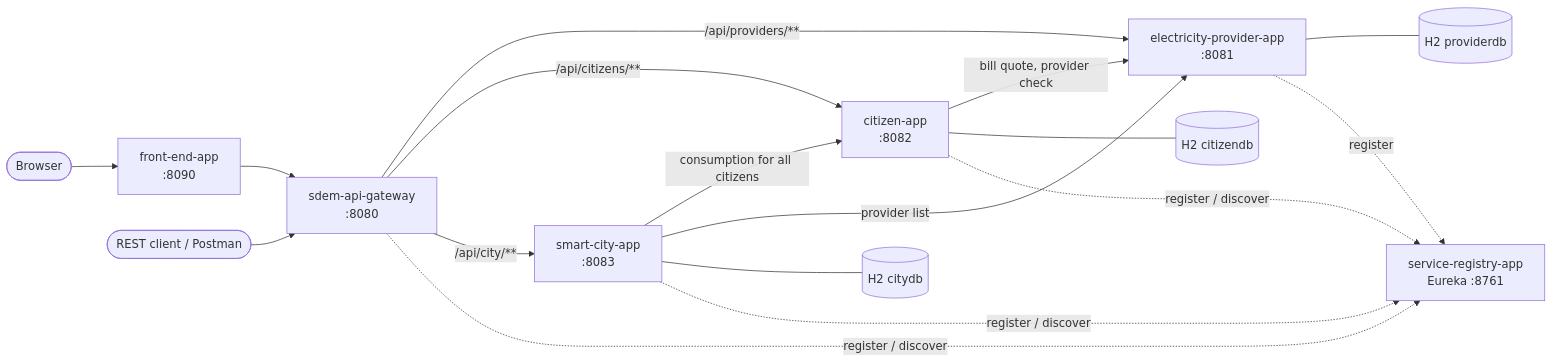
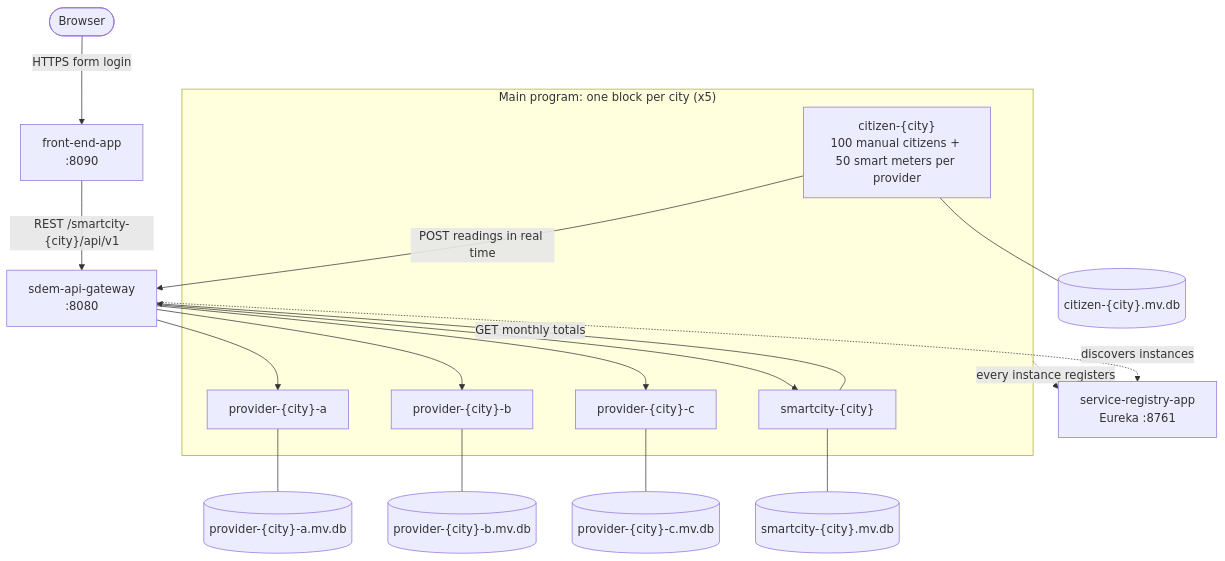
One commit to AvinashSaha/Smart-Electricity-Microservice changed the first of 3 diagrams in README.md. Above: the diagram before and after it, drawn with Mermaid. The commit also changed other lines of this file and 4 other files, not shown here.

````diff
--- a/README.md
+++ b/README.md
@@ -72,24 +46,28 @@
 ```mermaid
-flowchart LR
-    U([Browser]) --> FE[front-end-app<br/>:8090]
-    C([REST client / Postman]) --> GW
-    FE --> GW[sdem-api-gateway<br/>:8080]
+flowchart TB
+    U([Browser]) -->|HTTPS form login| FE[front-end-app<br/>:8090]
+    FE -->|"REST /smartcity-{city}/api/v1"| GW[sdem-api-gateway<br/>:8080]
 
-    GW -->|/api/providers/**| EP[electricity-provider-app<br/>:8081]
-    GW -->|/api/citizens/**| CI[citizen-app<br/>:8082]
-    GW -->|/api/city/**| SC[smart-city-app<br/>:8083]
+    subgraph CITY["Main program: one block per city (x5)"]
+        CZ["citizen-{city}<br/>100 manual citizens + 50 smart meters per provider"]
+        PA["provider-{city}-a"]
+        PB["provider-{city}-b"]
+        PC["provider-{city}-c"]
+        SC["smartcity-{city}"]
+    end
 
-    CI -->|bill quote, provider check| EP
-    SC -->|consumption for all citizens| CI
-    SC -->|provider list| EP
+    CZ -->|POST readings in real time| GW
+    GW --> PA & PB & PC
+    SC -->|GET monthly totals| GW
+    GW --> SC
 
-    EP --- DB1[(H2 providerdb)]
-    CI --- DB2[(H2 citizendb)]
-    SC --- DB3[(H2 citydb)]
+    PA --- DA[("provider-{city}-a.mv.db")]
+    PB --- DB[("provider-{city}-b.mv.db")]
+    PC --- DC[("provider-{city}-c.mv.db")]
+    SC --- DS[("smartcity-{city}.mv.db")]
+    CZ --- DZ[("citizen-{city}.mv.db")]
 
     REG[service-registry-app<br/>Eureka :8761]
-    GW -. register / discover .-> REG
-    EP -. register .-> REG
-    CI -. register / discover .-> REG
-    SC -. register / discover .-> REG
+    GW -. discovers instances .-> REG
+    CITY -. every instance registers .-> REG
 ```
````
